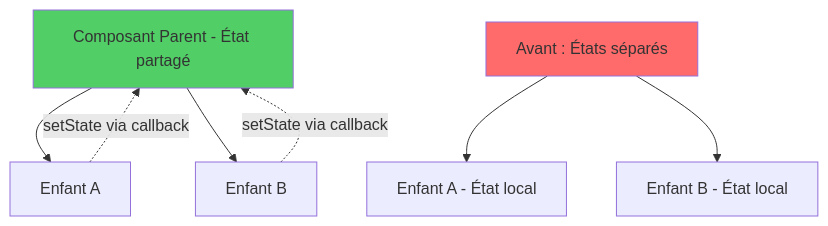
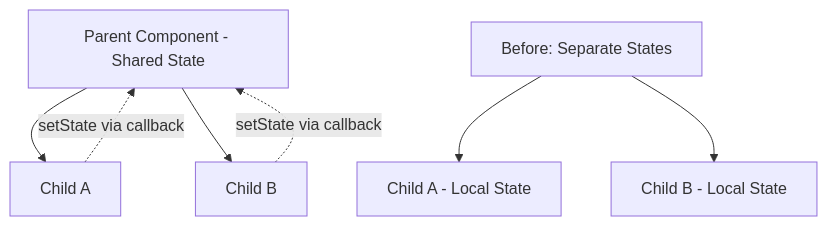
The fourth of 12 diagrams in arguments/chapters/fr/03-component-patterns-best-practices.md (BabaScience/react-guides), drawn with Mermaid before and after one commit. The commit also changed other lines of this file and 29 other files, not shown here.

First line of the commit message:
Bring React FR/IT translations to full English parity + theme-safe diagrams

````diff
--- a/arguments/chapters/fr/03-component-patterns-best-practices.md
+++ b/arguments/chapters/fr/03-component-patterns-best-practices.md
@@ -135,14 +514,12 @@
 ```mermaid
 graph TD
-    A[Composant Parent - État partagé] --> B[Enfant A]
-    A --> C[Enfant B]
+    A[Parent Component - Shared State] --> B[Child A]
+    A --> C[Child B]
     
     B -.setState via callback.-> A
     C -.setState via callback.-> A
     
-    D[Avant : États séparés] --> E[Enfant A - État local]
-    D --> F[Enfant B - État local]
+    D[Before: Separate States] --> E[Child A - Local State]
+    D --> F[Child B - Local State]
     
-    style A fill:#51cf66
-    style D fill:#ff6b6b
 ```
````
